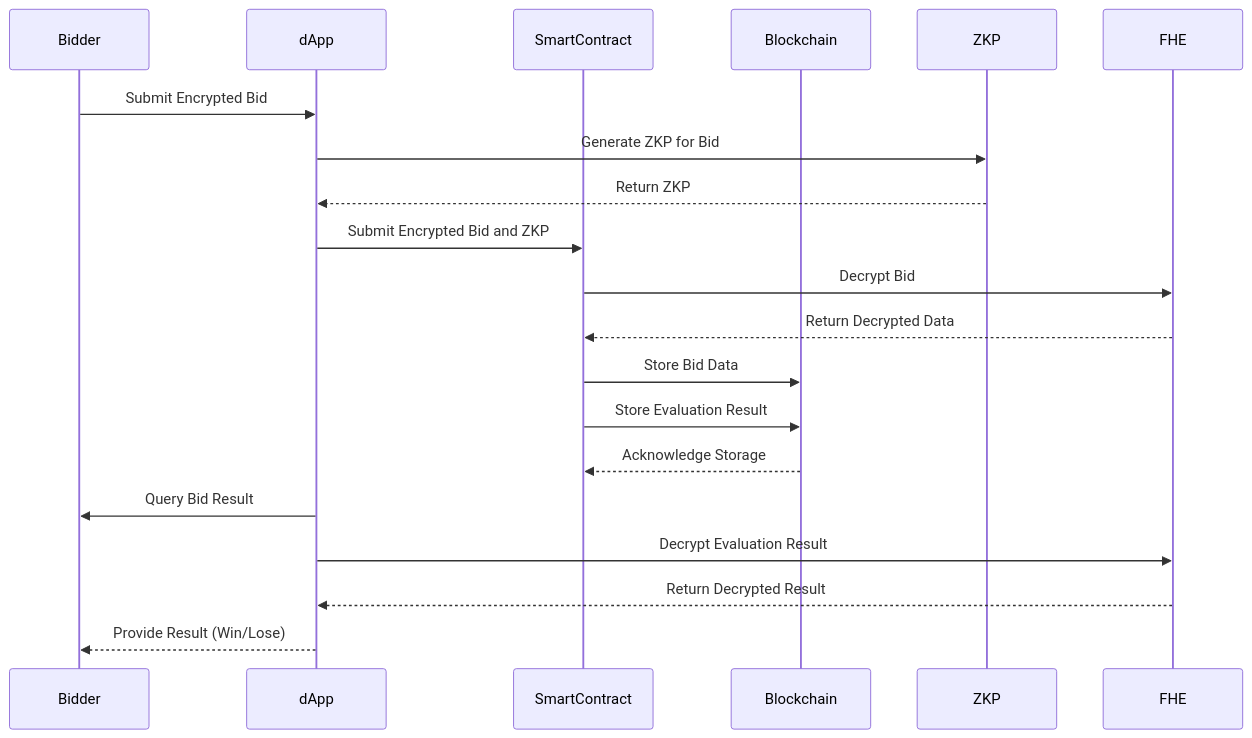
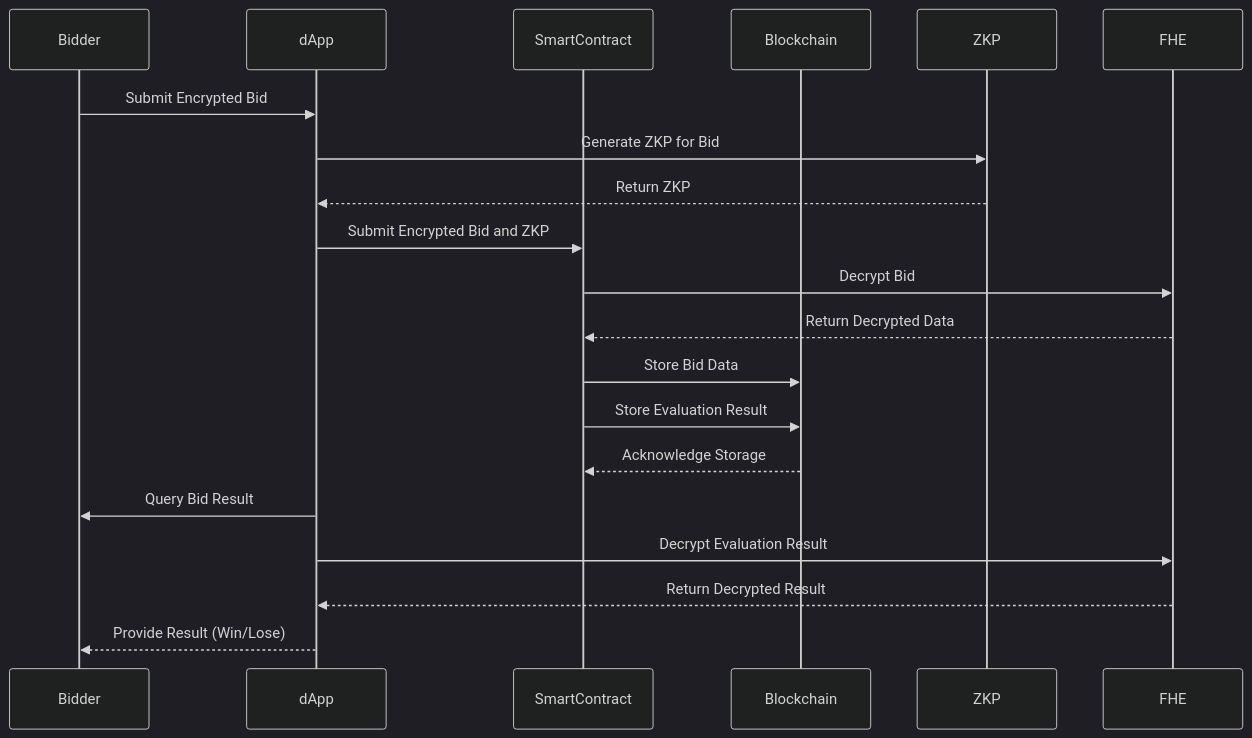
One commit to Privacy-Lab-Latam-Builders/Aleph-Hackathon-FHEvm-Zama changed the diagram in Documentation/Product/Sequence diagram.md. Above: the diagram before and after it, drawn with Mermaid.

Commit message:
Update Sequence diagram.md

````diff
--- a/Documentation/Product/Sequence diagram.md
+++ b/Documentation/Product/Sequence diagram.md
@@ -1,24 +1,29 @@
 ```mermaid
+%%{
+  init: {
+    'theme': 'dark'
+  }
+}%%
 sequenceDiagram
     participant Bidder
     participant dApp
     participant SmartContract
     participant Blockchain
     participant ZKP
     participant FHE
 
     Bidder ->> dApp: Submit Encrypted Bid
     dApp ->> ZKP: Generate ZKP for Bid
     ZKP -->> dApp: Return ZKP
     dApp ->> SmartContract: Submit Encrypted Bid and ZKP
     SmartContract ->> FHE: Decrypt Bid
     FHE -->> SmartContract: Return Decrypted Data
     SmartContract ->> Blockchain: Store Bid Data
     SmartContract ->> Blockchain: Store Evaluation Result
     Blockchain -->> SmartContract: Acknowledge Storage
     dApp ->> Bidder: Query Bid Result
     dApp ->> FHE: Decrypt Evaluation Result
     FHE -->> dApp: Return Decrypted Result
     dApp -->> Bidder: Provide Result (Win/Lose)
 
 ```
````
